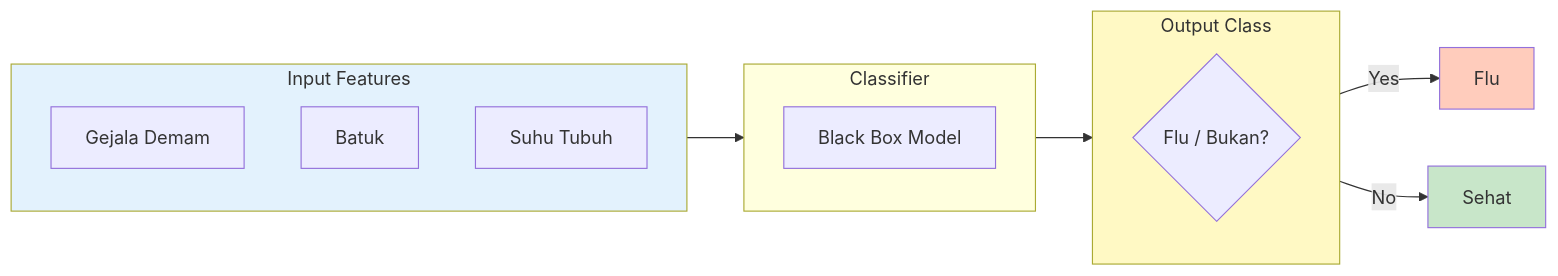
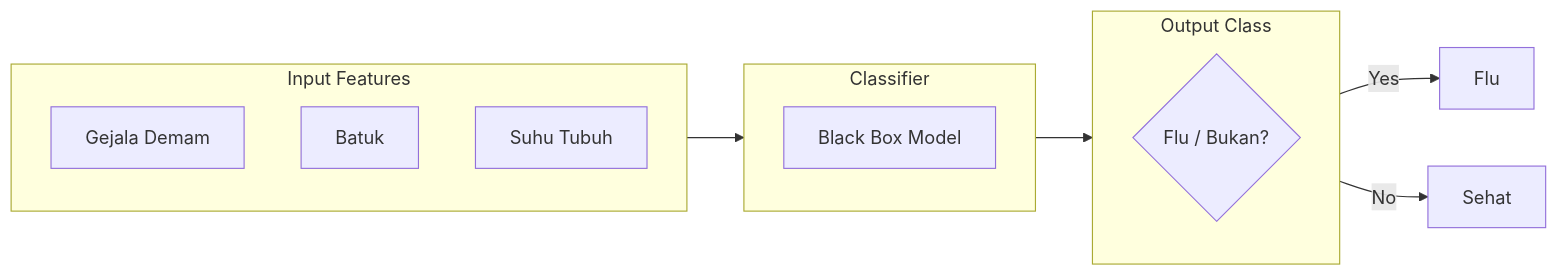
Before and after one commit to antonprafanto/dasarAI2026: the first of 11 diagrams in bab-06-klasifikasi.md, drawn with Mermaid. The commit also changed other lines of this file and 8 other files, not shown here.

Commit message:
Fix: Remove custom Mermaid styling for better dark mode visibility

````diff
--- a/bab-06-klasifikasi.md
+++ b/bab-06-klasifikasi.md
@@ -34,25 +34,20 @@
 ```mermaid
 graph LR
     subgraph Input [Input Features]
         F1[Gejala Demam]
         F2[Batuk]
         F3[Suhu Tubuh]
     end
 
     subgraph Model [Classifier]
         B[Black Box Model]
     end
 
     subgraph Output [Output Class]
         C{Flu / Bukan?}
     end
 
     Input --> Model --> Output
     Output -->|Yes| R1[Flu]
     Output -->|No| R2[Sehat]
-
-    style Input fill:#e3f2fd
-    style Output fill:#fff9c4
-    style R1 fill:#ffccbc
-    style R2 fill:#c8e6c9
 ```
````
